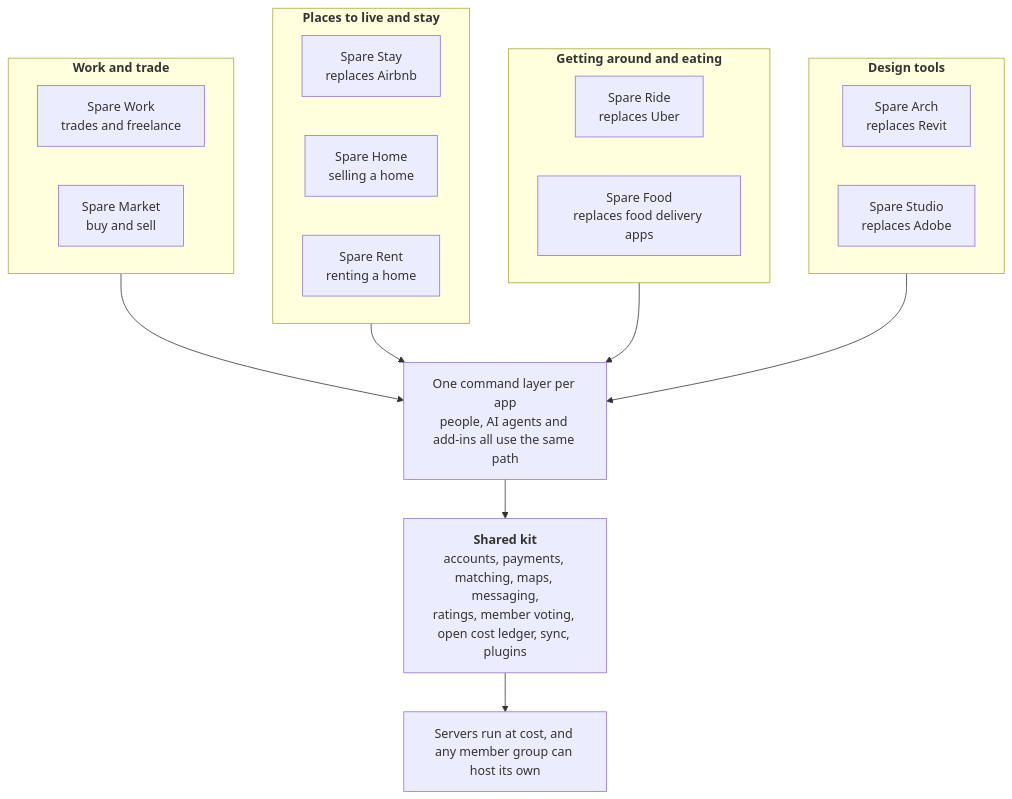
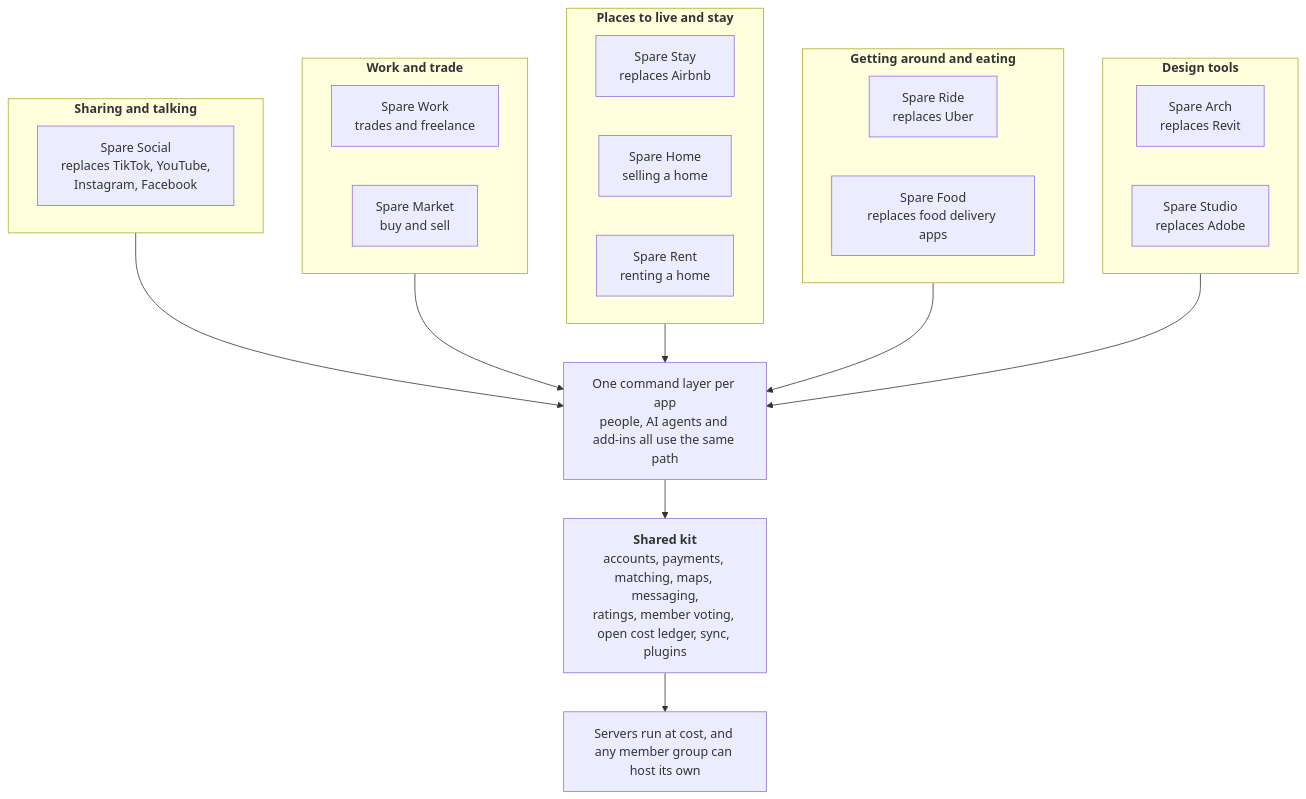
One commit to spareware-co-op/spareware changed the diagram in README.md. Above: the diagram before and after it, drawn with Mermaid. The commit also changed other lines of this file and 7 other files, not shown here.

First line of the commit message:
Spare Social: map and work board for a member-owned social platform

````diff
--- a/README.md
+++ b/README.md
@@ -13,34 +13,39 @@
 ```mermaid
 flowchart TB
   subgraph TRADE["`**Work and trade**`"]
     direction LR
     WORK["Spare Work<br/>trades and freelance"]
     MARKET["Spare Market<br/>buy and sell"]
   end
   subgraph LIVE["`**Places to live and stay**`"]
     direction LR
     STAY["Spare Stay<br/>replaces Airbnb"]
     HOME["Spare Home<br/>selling a home"]
     RENT["Spare Rent<br/>renting a home"]
   end
   subgraph MOVE["`**Getting around and eating**`"]
     direction LR
     RIDE["Spare Ride<br/>replaces Uber"]
     FOOD["Spare Food<br/>replaces food delivery apps"]
   end
   subgraph DESIGN["`**Design tools**`"]
     direction LR
     ARCH["Spare Arch<br/>replaces Revit"]
     STUDIO["Spare Studio<br/>replaces Adobe"]
   end
+  subgraph SHARE["`**Sharing and talking**`"]
+    direction LR
+    SOCIAL["Spare Social<br/>replaces TikTok, YouTube,<br/>Instagram, Facebook"]
+  end
   CMD["One command layer per app<br/>people, AI agents and add-ins all use the same path"]
   KIT["`**Shared kit**
   accounts, payments, matching, maps, messaging,
   ratings, member voting, open cost ledger, sync, plugins`"]
   RUN["Servers run at cost, and any member group can host its own"]
+  SHARE --> CMD
   TRADE --> CMD
   LIVE --> CMD
   MOVE --> CMD
   DESIGN --> CMD
   CMD --> KIT --> RUN
 ```
````
